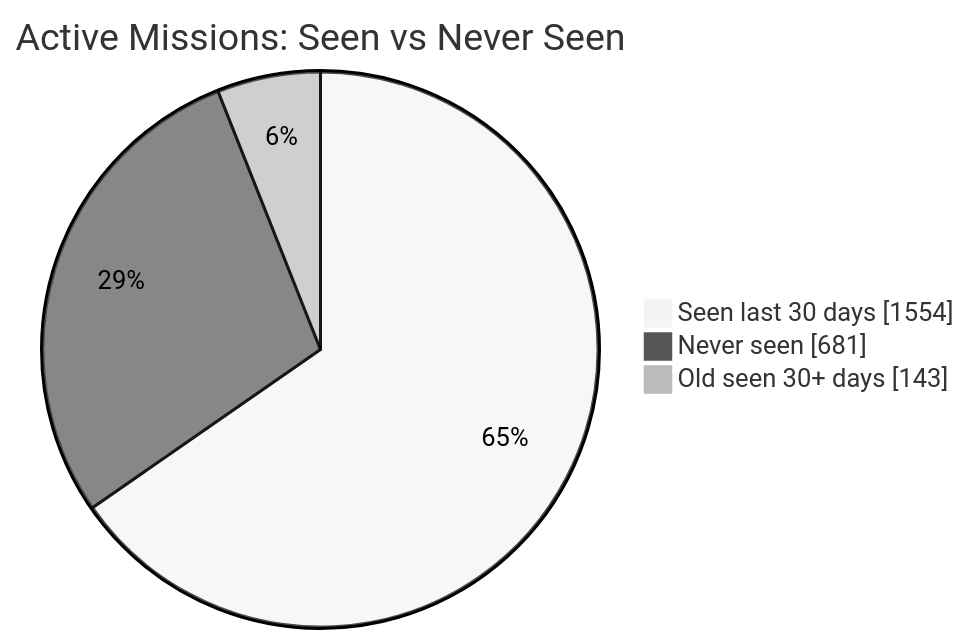
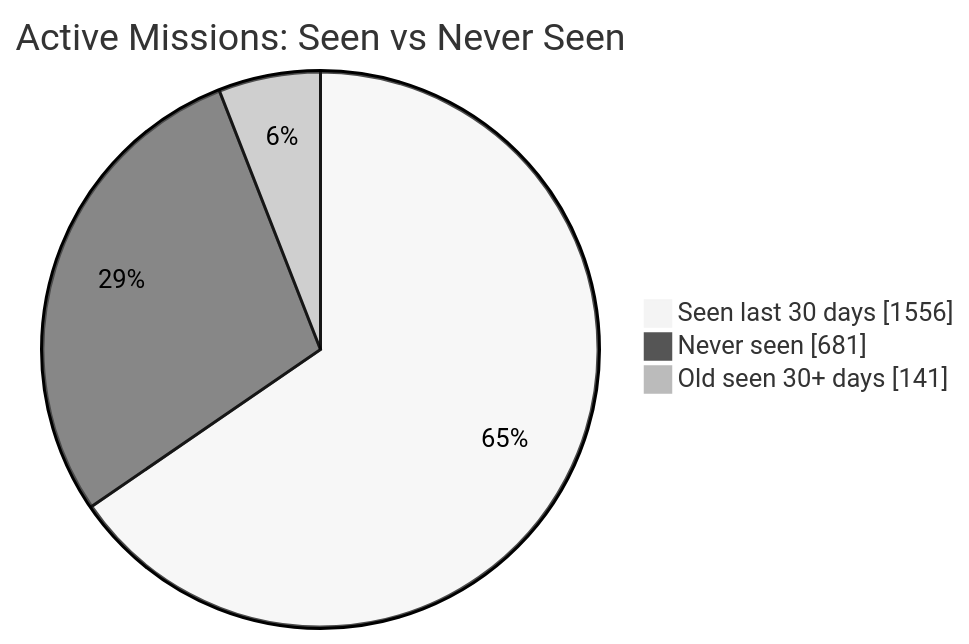
Before and after one commit to MeldkamerspelGameTeam/active-missions: the first of 2 diagrams in README.md, drawn with Mermaid (neutral theme). The commit also changed other lines of this file and 3 other files, not shown here.

````diff
--- a/README.md
+++ b/README.md
@@ -34,7 +34,7 @@
 ```mermaid
 pie showData
     title Active Missions: Seen vs Never Seen
-    "Seen last 30 days" : 1554
+    "Seen last 30 days" : 1556
     "Never seen" : 681
-    "Old seen 30+ days" : 143
+    "Old seen 30+ days" : 141
 ```
````
